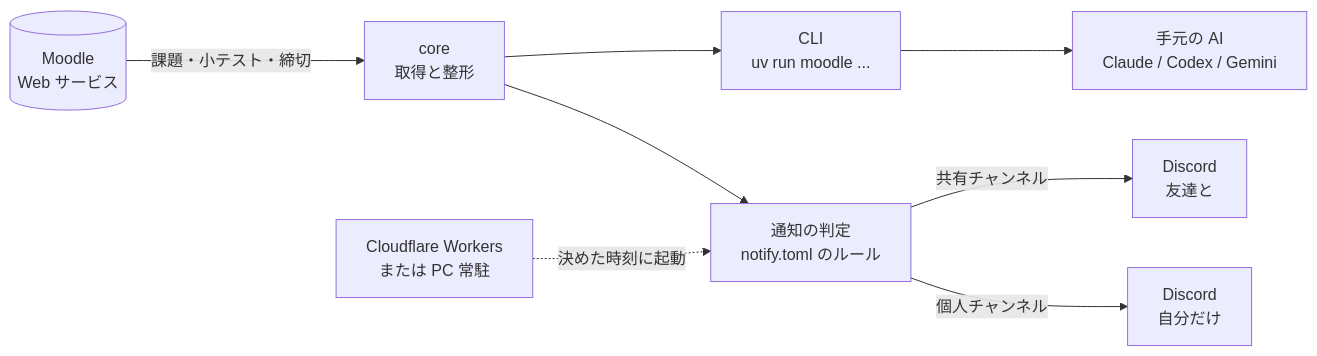
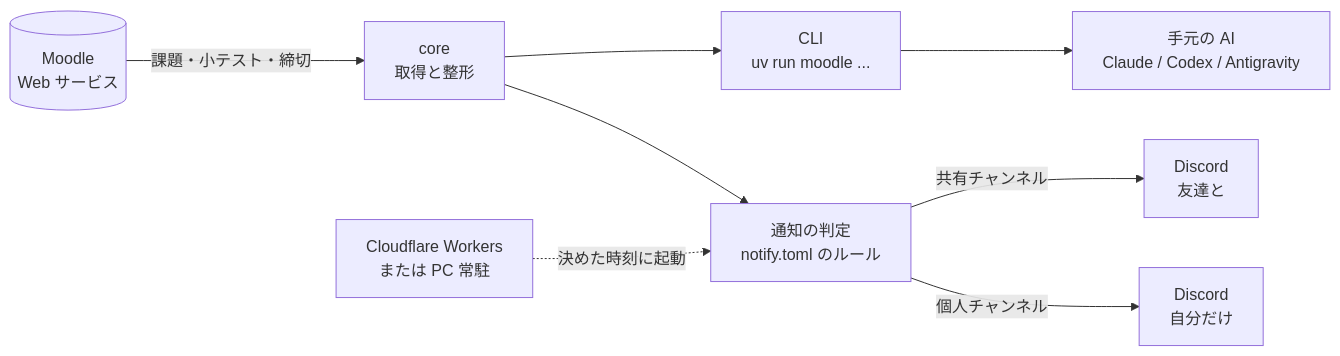
The diagram in README.md (kamatama1228/kadai-sentinel), drawn with Mermaid before and after one commit. The commit also changed other lines of this file and 4 other files, not shown here.

First line of the commit message:
Gemini CLI 終了に合わせて Antigravity 向けに更新し、初心者向けガイドを追加

````diff
--- a/README.md
+++ b/README.md
@@ -24,10 +24,10 @@
 ```mermaid
 flowchart LR
     M[(Moodle<br/>Web サービス)] -->|課題・小テスト・締切| C[core<br/>取得と整形]
     C --> CLI[CLI<br/>uv run moodle ...]
     C --> N[通知の判定<br/>notify.toml のルール]
     N -->|共有チャンネル| D1[Discord<br/>友達と]
     N -->|個人チャンネル| D2[Discord<br/>自分だけ]
-    CLI --> AI[手元の AI<br/>Claude / Codex / Gemini]
+    CLI --> AI[手元の AI<br/>Claude / Codex / Antigravity]
     W[Cloudflare Workers<br/>または PC 常駐] -. 決めた時刻に起動 .-> N
 ```
````
